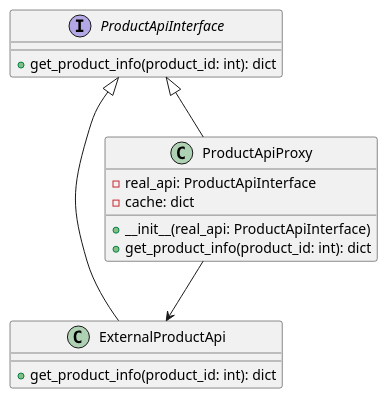
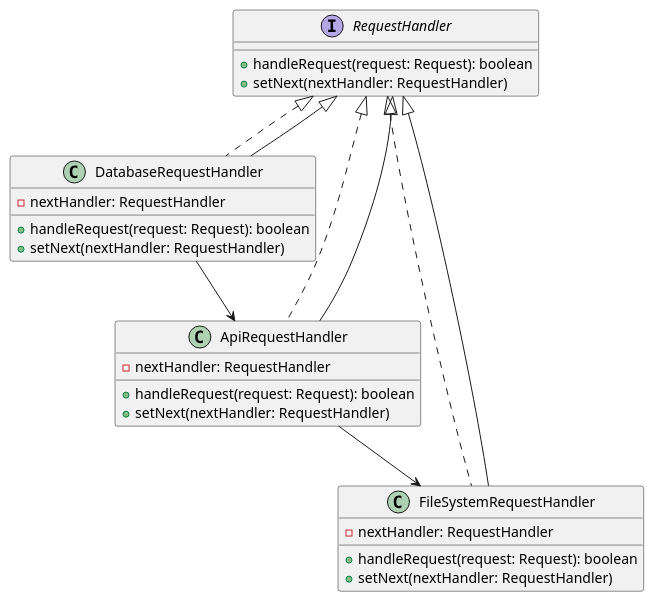
The diagram in klassifikaciya-patternov/povedencheskie-patterny-behavioral-patterns/cepochka-obyazannostei-chain-of-responsibility/primery/marshrutizaciya-zaprosov-v-mikroservisnoi-arkhitekture/python.md (andrewovchinnikov/design-patterns), drawn with PlantUML before and after one commit. The commit also changed other lines of this file and 1 other file, not shown here.

````diff
--- a/klassifikaciya-patternov/povedencheskie-patterny-behavioral-patterns/cepochka-obyazannostei-chain-of-responsibility/primery/marshrutizaciya-zaprosov-v-mikroservisnoi-arkhitekture/python.md
+++ b/klassifikaciya-patternov/povedencheskie-patterny-behavioral-patterns/cepochka-obyazannostei-chain-of-responsibility/primery/marshrutizaciya-zaprosov-v-mikroservisnoi-arkhitekture/python.md
@@ -96,23 +14,32 @@
 ```plantuml
 @startuml
-interface ProductApiInterface {
-    +get_product_info(product_id: int): dict
+interface RequestHandler {
+    +handleRequest(request: Request): boolean
+    +setNext(nextHandler: RequestHandler)
 }
 
-class ExternalProductApi {
-    +get_product_info(product_id: int): dict
+class DatabaseRequestHandler implements RequestHandler {
+    -nextHandler: RequestHandler
+    +handleRequest(request: Request): boolean
+    +setNext(nextHandler: RequestHandler)
 }
 
-class ProductApiProxy {
-    -real_api: ProductApiInterface
-    -cache: dict
-    +__init__(real_api: ProductApiInterface)
-    +get_product_info(product_id: int): dict
+class ApiRequestHandler implements RequestHandler {
+    -nextHandler: RequestHandler
+    +handleRequest(request: Request): boolean
+    +setNext(nextHandler: RequestHandler)
 }
 
-ProductApiInterface <|-- ExternalProductApi
-ProductApiInterface <|-- ProductApiProxy
-ProductApiProxy --> ExternalProductApi
+class FileSystemRequestHandler implements RequestHandler {
+    -nextHandler: RequestHandler
+    +handleRequest(request: Request): boolean
+    +setNext(nextHandler: RequestHandler)
+}
 
+RequestHandler <|-- DatabaseRequestHandler
+RequestHandler <|-- ApiRequestHandler
+RequestHandler <|-- FileSystemRequestHandler
+DatabaseRequestHandler --> ApiRequestHandler
+ApiRequestHandler --> FileSystemRequestHandler
 @enduml
 ```
````
